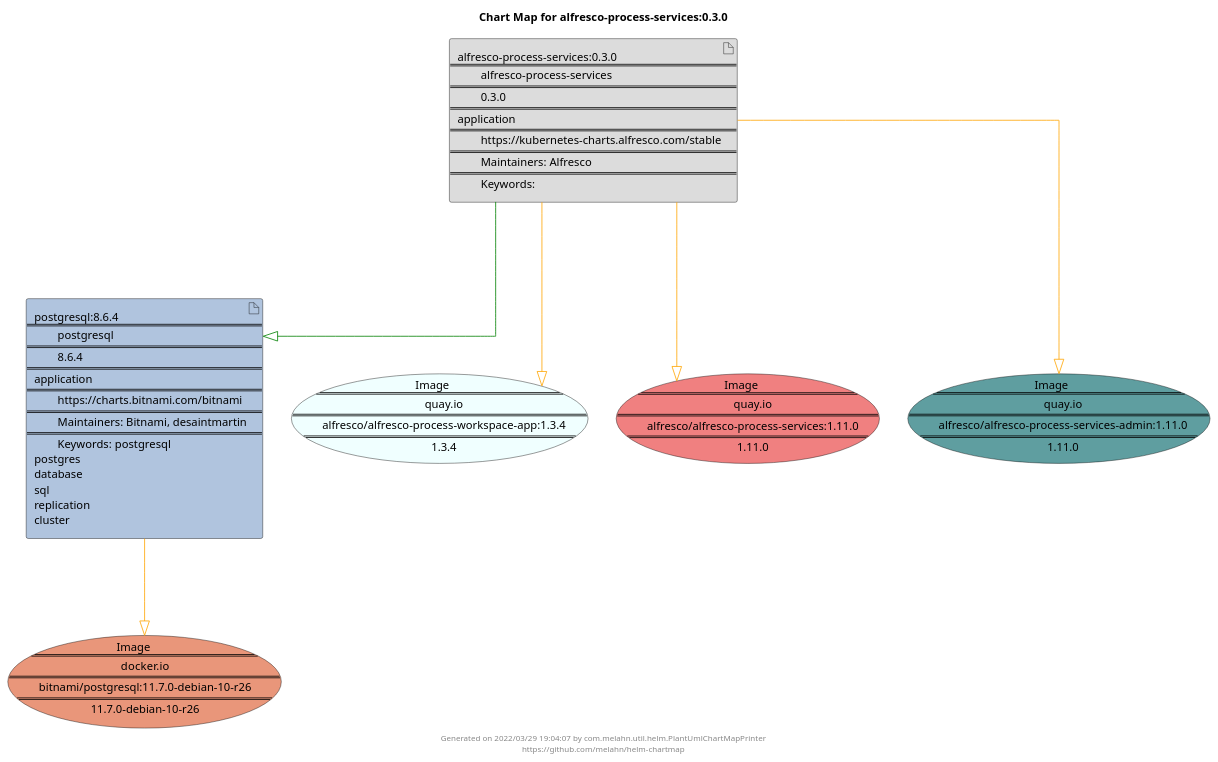
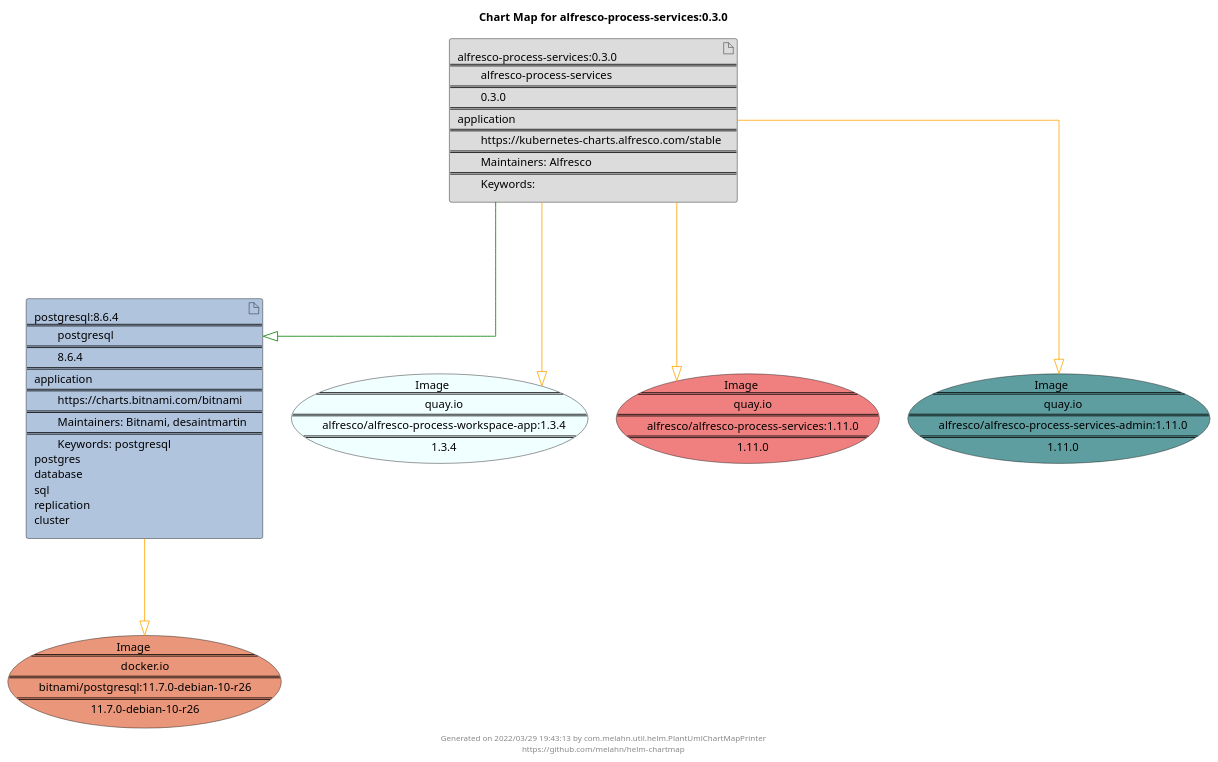
One commit to melahn/helm-chartmap changed the diagram in docs/alfresco-process-services/alfresco-process-services-0.3.0.puml. Above: the diagram before and after it, drawn with PlantUML. The commit also changed 51 other files, not shown here.

Commit message:
Update Example Chart Maps as part of GitHub build

```diff
--- a/docs/alfresco-process-services/alfresco-process-services-0.3.0.puml
+++ b/docs/alfresco-process-services/alfresco-process-services-0.3.0.puml
@@ -1,29 +1,29 @@
 @startuml
 skinparam linetype ortho
 skinparam backgroundColor white
 skinparam usecaseBorderColor black
 skinparam usecaseArrowColor LightSlateGray
 skinparam artifactBorderColor black
 skinparam artifactArrowColor LightSlateGray
 
 title Chart Map for alfresco-process-services:0.3.0
 
 'There are 2 referenced Helm Charts
 artifact "alfresco-process-services:0.3.0\n====\n\talfresco-process-services\n====\n\t0.3.0\n====\napplication\n====\n\thttps://kubernetes-charts.alfresco.com/stable\n====\n\tMaintainers: Alfresco\n====\n\tKeywords: " as alfresco_process_services_0_3_0 #Gainsboro
 artifact "postgresql:8.6.4\n====\n\tpostgresql\n====\n\t8.6.4\n====\napplication\n====\n\thttps://charts.bitnami.com/bitnami\n====\n\tMaintainers: Bitnami, desaintmartin\n====\n\tKeywords: postgresql\npostgres\ndatabase\nsql\nreplication\ncluster" as postgresql_8_6_4 #LightSteelBlue
 
 'There are 4 referenced Docker Images
 usecase "Image\n====\n\tquay.io\n====\n\talfresco/alfresco-process-workspace-app:1.3.4\n====\n\t1.3.4" as quay_io_alfresco_alfresco_process_workspace_app_1_3_4 #Azure
 usecase "Image\n====\n\tquay.io\n====\n\talfresco/alfresco-process-services:1.11.0\n====\n\t1.11.0" as quay_io_alfresco_alfresco_process_services_1_11_0 #LightCoral
 usecase "Image\n====\n\tquay.io\n====\n\talfresco/alfresco-process-services-admin:1.11.0\n====\n\t1.11.0" as quay_io_alfresco_alfresco_process_services_admin_1_11_0 #CadetBlue
 usecase "Image\n====\n\tdocker.io\n====\n\tbitnami/postgresql:11.7.0-debian-10-r26\n====\n\t11.7.0-debian-10-r26" as docker_io_bitnami_postgresql_11_7_0_debian_10_r26 #DarkSalmon
 
 'Chart Dependencies
 alfresco_process_services_0_3_0--[#green]-|>postgresql_8_6_4
 alfresco_process_services_0_3_0--[#orange]-|>quay_io_alfresco_alfresco_process_services_admin_1_11_0
 alfresco_process_services_0_3_0--[#orange]-|>quay_io_alfresco_alfresco_process_workspace_app_1_3_4
 alfresco_process_services_0_3_0--[#orange]-|>quay_io_alfresco_alfresco_process_services_1_11_0
 postgresql_8_6_4--[#orange]-|>docker_io_bitnami_postgresql_11_7_0_debian_10_r26
 
-center footer Generated on 2022/03/29 19:04:07 by com.melahn.util.helm.PlantUmlChartMapPrinter\nhttps://github.com/melahn/helm-chartmap
+center footer Generated on 2022/03/29 19:43:13 by com.melahn.util.helm.PlantUmlChartMapPrinter\nhttps://github.com/melahn/helm-chartmap
 @enduml
```
